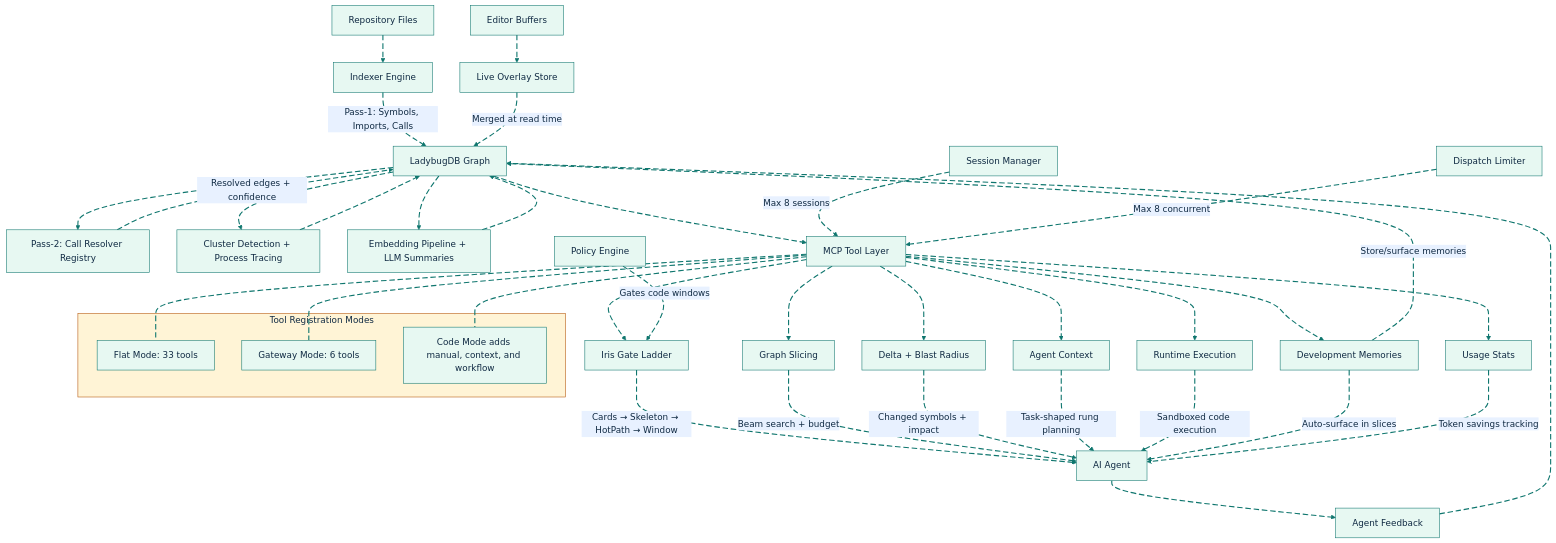
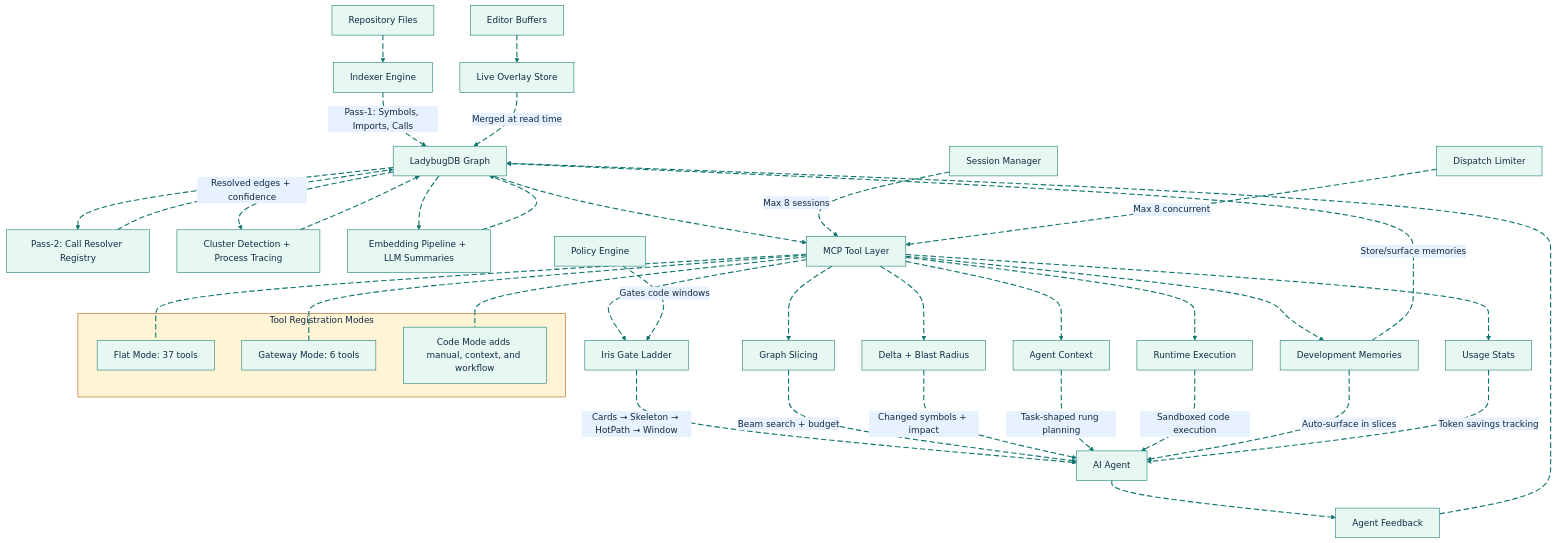
One commit to GlitterKill/sdl-mcp changed diagram 14 of 14 in docs/architecture.md. Above: the diagram before and after it, drawn with Mermaid. The commit also changed other lines of this file and 93 other files, not shown here.

````diff
--- a/docs/architecture.md
+++ b/docs/architecture.md
@@ -706,67 +706,67 @@
 ```mermaid
 %%{init: {"theme":"base","themeVariables":{"background":"#ffffff","primaryColor":"#E7F8F2","primaryBorderColor":"#0F766E","primaryTextColor":"#102A43","secondaryColor":"#E8F1FF","secondaryBorderColor":"#2563EB","secondaryTextColor":"#102A43","tertiaryColor":"#FFF4D6","tertiaryBorderColor":"#B45309","tertiaryTextColor":"#102A43","lineColor":"#0F766E","textColor":"#102A43","fontFamily":"Inter, ui-sans-serif, system-ui, -apple-system, BlinkMacSystemFont, Segoe UI, sans-serif"},"flowchart":{"curve":"basis","htmlLabels":true}}}%%
 graph TD
     A[Repository Files] e1@--> B[Indexer Engine]
     B e2@--> |Pass-1: Symbols, Imports, Calls| C[LadybugDB Graph]
 
     E[Editor Buffers] e3@--> F[Live Overlay Store]
     F e4@-.-> |Merged at read time| C
 
     C e5@--> G[Pass-2: Call Resolver Registry]
     G e6@--> |Resolved edges + confidence| C
 
     C e7@--> H[Cluster Detection + Process Tracing]
     H e8@--> C
 
     C e9@--> I[Embedding Pipeline + LLM Summaries]
     I e10@--> C
 
     C e11@--> J[MCP Tool Layer]
 
     subgraph Tool Registration Modes
-        J1[Flat Mode: 33 tools]
+        J1[Flat Mode: 37 tools]
         J2[Gateway Mode: 6 tools]
         J3[Code Mode adds manual, context, and workflow]
     end
     J e12@--- J1
     J e13@--- J2
     J e14@--- J3
 
     J e15@--> K[Iris Gate Ladder]
     K e16@--> |Cards → Skeleton → HotPath → Window| L[AI Agent]
 
     J e17@--> M[Graph Slicing]
     M e18@--> |Beam search + budget| L
 
     J e19@--> N[Delta + Blast Radius]
     N e20@--> |Changed symbols + impact| L
 
     J e21@--> O[Agent Context]
     O e22@--> |Task-shaped rung planning| L
 
     J e23@--> U[Runtime Execution]
     U e24@--> |Sandboxed code execution| L
 
     L e25@--> P[Agent Feedback]
     P e26@--> C
 
     J e27@--> T[Development Memories]
     T e28@--> |Store/surface memories| C
     T e29@--> |Auto-surface in slices| L
 
     J e30@--> V[Usage Stats]
     V e31@--> |Token savings tracking| L
 
     Q[Policy Engine] e32@-.-> |Gates code windows| K
     R[Session Manager] e33@-.-> |Max 8 sessions| J
     S[Dispatch Limiter] e34@-.-> |Max 8 concurrent| J
 
     classDef source fill:#E7F8F2,stroke:#0F766E,stroke-width:2px,color:#102A43;
     classDef process fill:#E8F1FF,stroke:#2563EB,stroke-width:2px,color:#102A43;
     classDef decision fill:#FFF4D6,stroke:#B45309,stroke-width:2px,color:#102A43;
     classDef storage fill:#F2E8FF,stroke:#7C3AED,stroke-width:2px,color:#102A43;
     classDef output fill:#FFE8EF,stroke:#BE123C,stroke-width:2px,color:#102A43;
     classDef muted fill:#F8FAFC,stroke:#64748B,stroke-width:1px,color:#102A43;
     classDef animate stroke:#0F766E,stroke-width:2px,stroke-dasharray:10\,5,stroke-dashoffset:900,animation:dash 22s linear infinite;
     class e1,e2,e3,e4,e5,e6,e7,e8,e9,e10,e11,e12,e13,e14,e15,e16,e17,e18,e19,e20,e21,e22,e23,e24,e25,e26,e27,e28,e29,e30,e31,e32,e33,e34 animate;
 ```
````
